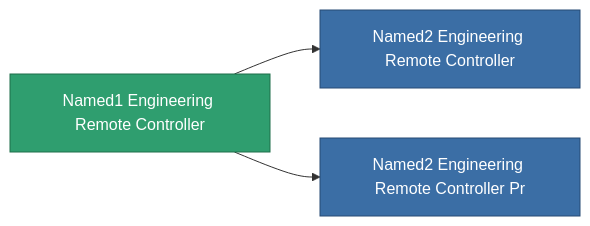
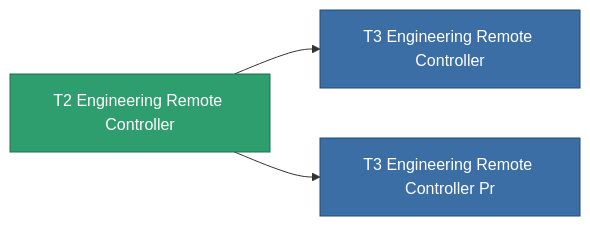
One commit to OpenPerpetuum/Wiki changed the diagram in content/content/items/named1_engineering_remote_controller.md. Above: the diagram before and after it, drawn with Mermaid. The commit also changed other lines of this file and 4904 other files, not shown here.

````diff
--- a/content/content/items/named1_engineering_remote_controller.md
+++ b/content/content/items/named1_engineering_remote_controller.md
@@ -72,13 +58,13 @@
 ```mermaid
 graph LR
-    a["Named1 Engineering Remote Controller"]:::current
-    b["Named2 Engineering Remote Controller"]:::prod
+    a["T2 Engineering Remote Controller"]:::current
+    b["T3 Engineering Remote Controller"]:::prod
     a --> b
-    click b "/content/items/named2-engineering-remote-controller/" "Named2 Engineering Remote Controller"
-    c["Named2 Engineering Remote Controller Pr"]:::prod
+    click b "/content/items/named2-engineering-remote-controller/" "T3 Engineering Remote Controller"
+    c["T3 Engineering Remote Controller Pr"]:::prod
     a --> c
-    click c "/content/items/named2-engineering-remote-controller-pr/" "Named2 Engineering Remote Controller Pr"
+    click c "/content/items/named2-engineering-remote-controller-pr/" "T3 Engineering Remote Controller Pr"
     classDef current fill:#2f9e6f,stroke:#1f6f4a,color:#ffffff
     classDef prod fill:#3b6ea5,stroke:#274a75,color:#ffffff
     classDef more fill:#39445a,stroke:#54658a,color:#d5dbe8
 ```
````
